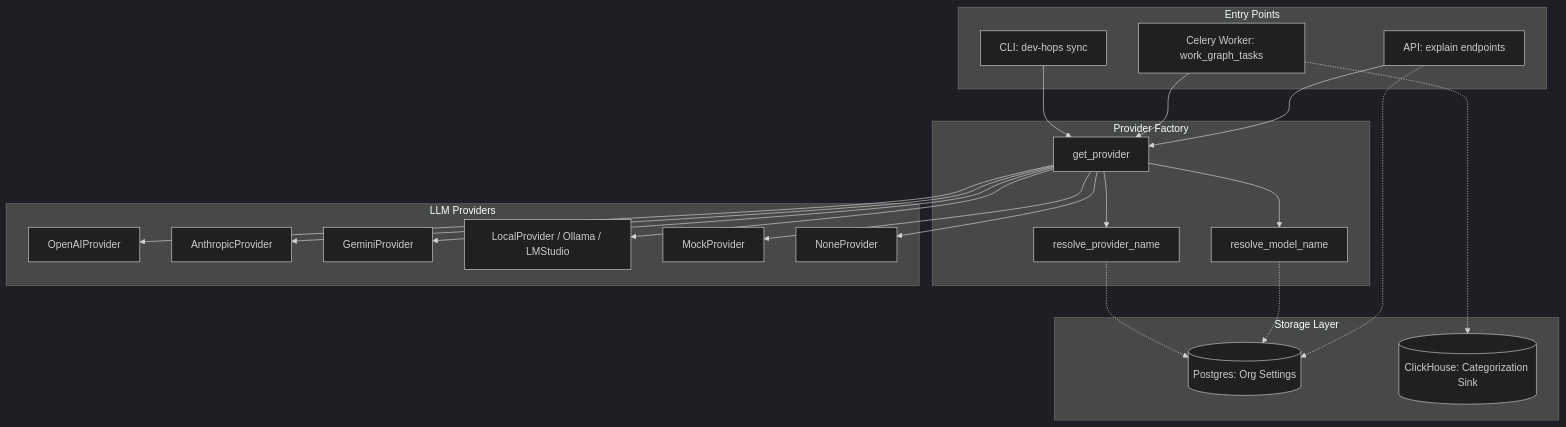
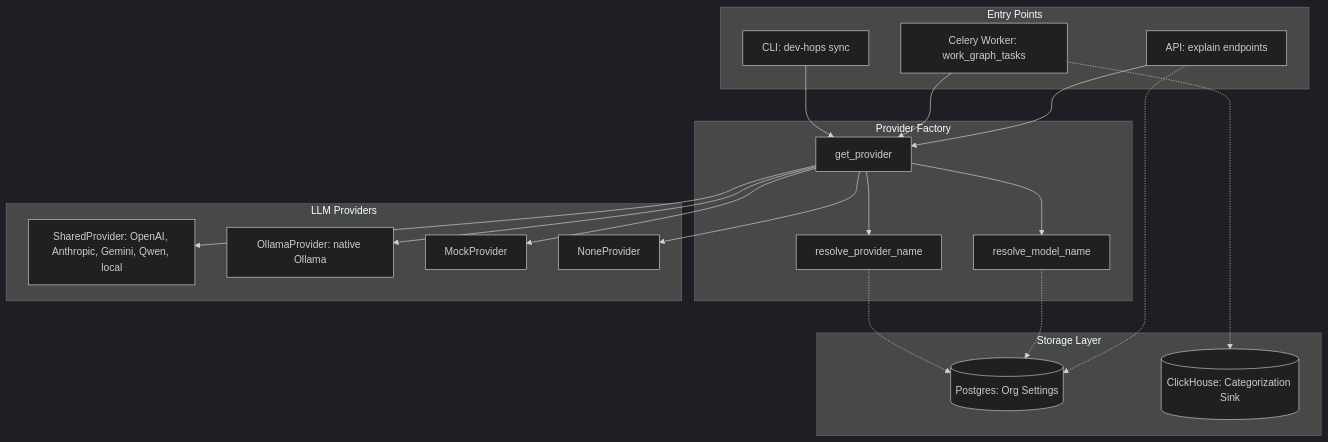
Before and after one commit to full-chaos/dev-health-ops: the diagram in .github/docs-legacy/architecture/byo-llm-architecture.md, drawn with Mermaid (dark theme). The commit also changed other lines of this file and 5 other files, not shown here.

````diff
--- a/.github/docs-legacy/architecture/byo-llm-architecture.md
+++ b/.github/docs-legacy/architecture/byo-llm-architecture.md
@@ -9,48 +9,44 @@
 ```mermaid
 flowchart TD
     subgraph Callers [Entry Points]
         CLI[CLI: dev-hops sync]
         Worker[Celery Worker: work_graph_tasks]
         API[API: explain endpoints]
     end
 
     subgraph Factory [Provider Factory]
         GP[get_provider]
         RP[resolve_provider_name]
         RM[resolve_model_name]
     end
 
     subgraph Providers [LLM Providers]
-        OpenAI[OpenAIProvider]
-        Anthropic[AnthropicProvider]
-        Gemini[GeminiProvider]
-        Local[LocalProvider / Ollama / LMStudio]
+        Shared[SharedProvider: OpenAI, Anthropic, Gemini, Qwen, local]
+        Ollama[OllamaProvider: native Ollama]
         Mock[MockProvider]
         NoneP[NoneProvider]
     end
 
     subgraph Storage [Storage Layer]
         Postgres[(Postgres: Org Settings)]
         ClickHouse[(ClickHouse: Categorization Sink)]
     end
 
     CLI --> GP
     Worker --> GP
     API --> GP
 
     GP --> RP
     GP --> RM
     
     RP -.-> Postgres
     RM -.-> Postgres
 
-    GP --> OpenAI
-    GP --> Anthropic
-    GP --> Gemini
-    GP --> Local
+    GP --> Shared
+    GP --> Ollama
     GP --> Mock
     GP --> NoneP
 
     API -.-> Postgres
     Worker -.-> ClickHouse
 ```
````
